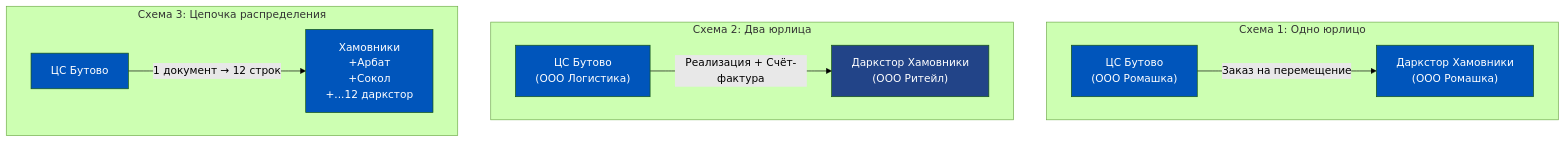
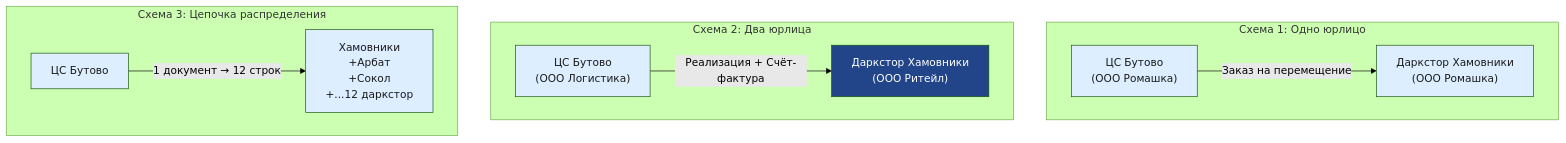
Before and after one commit to murad1986/1c-erp-quartz: the third of 9 diagrams in content/1c-erp/week_5/Неделя 5 - День 1 - Складские перемещения.md, drawn with Mermaid (forest theme). The commit also changed other lines of this file and 57 other files, not shown here.

First line of the commit message:
fix: Mermaid — пастельные цвета в источниках диаграмм (56 файлов)

````diff
--- a/content/1c-erp/week_5/Неделя 5 - День 1 - Складские перемещения.md
+++ b/content/1c-erp/week_5/Неделя 5 - День 1 - Складские перемещения.md
@@ -158,20 +158,20 @@
 ```mermaid
 graph TD
     subgraph "Схема 1: Одно юрлицо"
         A1["ЦС Бутово<br/>(ООО Ромашка)"] -->|"Заказ на перемещение"| B1["Даркстор Хамовники<br/>(ООО Ромашка)"]
-        style A1 fill:#0055BB,color:#fff
-        style B1 fill:#0055BB,color:#fff
+        style A1 fill:#dceeff,color:#1a1a1a
+        style B1 fill:#dceeff,color:#1a1a1a
     end
 
     subgraph "Схема 2: Два юрлица"
         A2["ЦС Бутово<br/>(ООО Логистика)"] -->|"Реализация + Счёт-фактура"| B2["Даркстор Хамовники<br/>(ООО Ритейл)"]
-        style A2 fill:#0055BB,color:#fff
+        style A2 fill:#dceeff,color:#1a1a1a
         style B2 fill:#224488,color:#fff
     end
 
     subgraph "Схема 3: Цепочка распределения"
         A3["ЦС Бутово"] -->|"1 документ → 12 строк"| B3["Хамовники<br/>+Арбат<br/>+Сокол<br/>+...12 даркстор"]
-        style A3 fill:#0055BB,color:#fff
-        style B3 fill:#0055BB,color:#fff
+        style A3 fill:#dceeff,color:#1a1a1a
+        style B3 fill:#dceeff,color:#1a1a1a
     end
 ```
````
